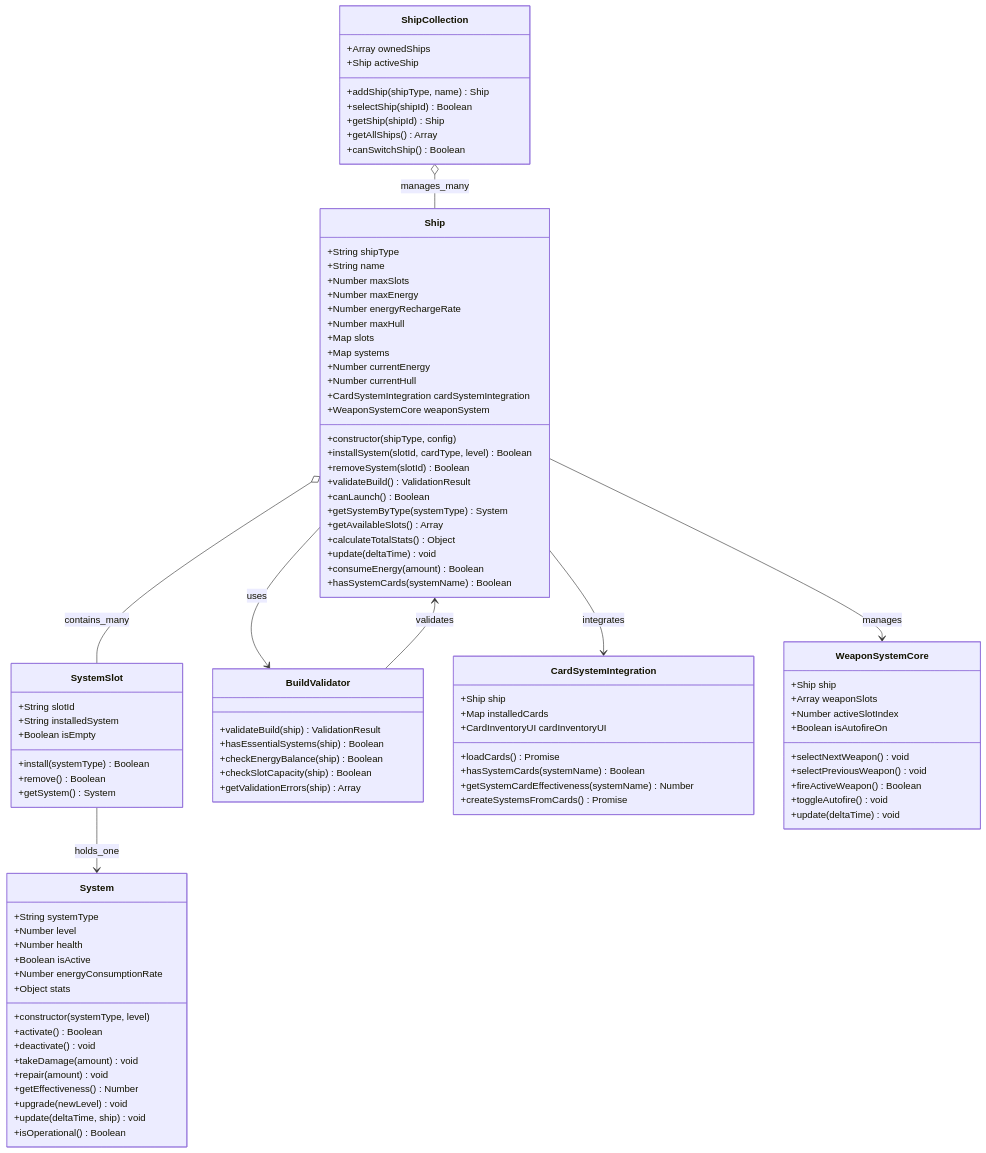
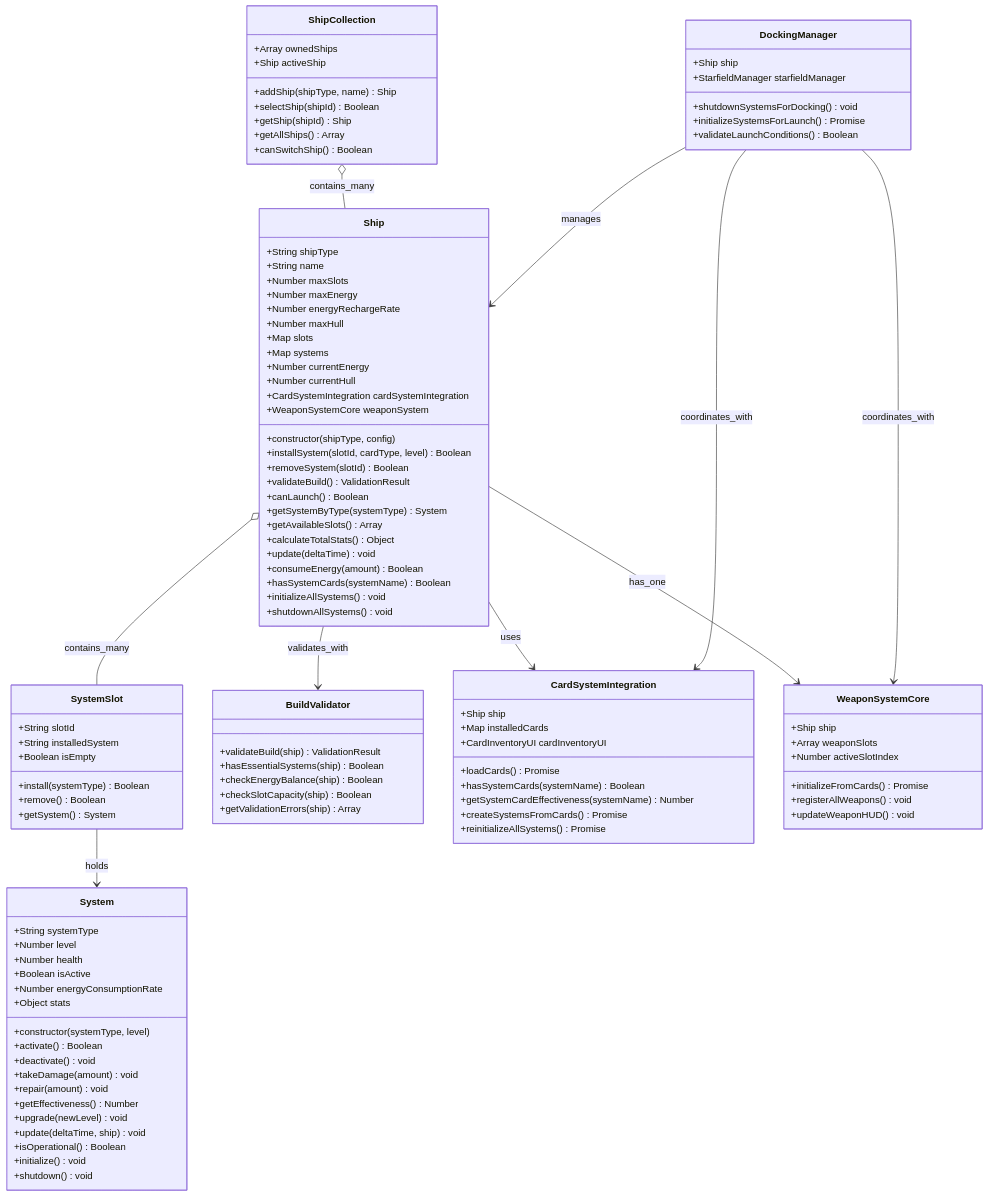
One commit to thoracle/planetz changed the third of 16 diagrams in docs/system_architecture.md. Above: the diagram before and after it, drawn with Mermaid. The commit also changed other lines of this file and 13 other files, not shown here.

````diff
--- a/docs/system_architecture.md
+++ b/docs/system_architecture.md
@@ -139,6 +139,8 @@
         +update(deltaTime) void
         +consumeEnergy(amount) Boolean
         +hasSystemCards(systemName) Boolean
+        +initializeAllSystems() void
+        +shutdownAllSystems() void
     }
 
     class SystemSlot {
@@ -166,6 +168,8 @@
         +upgrade(newLevel) void
         +update(deltaTime, ship) void
         +isOperational() Boolean
+        +initialize() void
+        +shutdown() void
     }
 
     class ShipCollection {
@@ -194,25 +198,33 @@
         +hasSystemCards(systemName) Boolean
         +getSystemCardEffectiveness(systemName) Number
         +createSystemsFromCards() Promise
+        +reinitializeAllSystems() Promise
     }
 
     class WeaponSystemCore {
         +Ship ship
         +Array weaponSlots
         +Number activeSlotIndex
-        +Boolean isAutofireOn
-        +selectNextWeapon() void
-        +selectPreviousWeapon() void
-        +fireActiveWeapon() Boolean
-        +toggleAutofire() void
-        +update(deltaTime) void
+        +initializeFromCards() Promise
+        +registerAllWeapons() void
+        +updateWeaponHUD() void
+    }
+
+    class DockingManager {
+        +Ship ship
+        +StarfieldManager starfieldManager
+        +shutdownSystemsForDocking() void
+        +initializeSystemsForLaunch() Promise
+        +validateLaunchConditions() Boolean
     }
 
     Ship o-- SystemSlot : contains_many
-    SystemSlot --> System : holds_one
-    ShipCollection o-- Ship : manages_many
-    BuildValidator --> Ship : validates
-    Ship --> BuildValidator : uses
-    Ship --> CardSystemIntegration : integrates
-    Ship --> WeaponSystemCore : manages
+    SystemSlot --> System : holds
+    Ship --> CardSystemIntegration : uses
+    Ship --> WeaponSystemCore : has_one
+    Ship --> BuildValidator : validates_with
+    ShipCollection o-- Ship : contains_many
+    DockingManager --> Ship : manages
+    DockingManager --> CardSystemIntegration : coordinates_with
+    DockingManager --> WeaponSystemCore : coordinates_with
 ```
````
